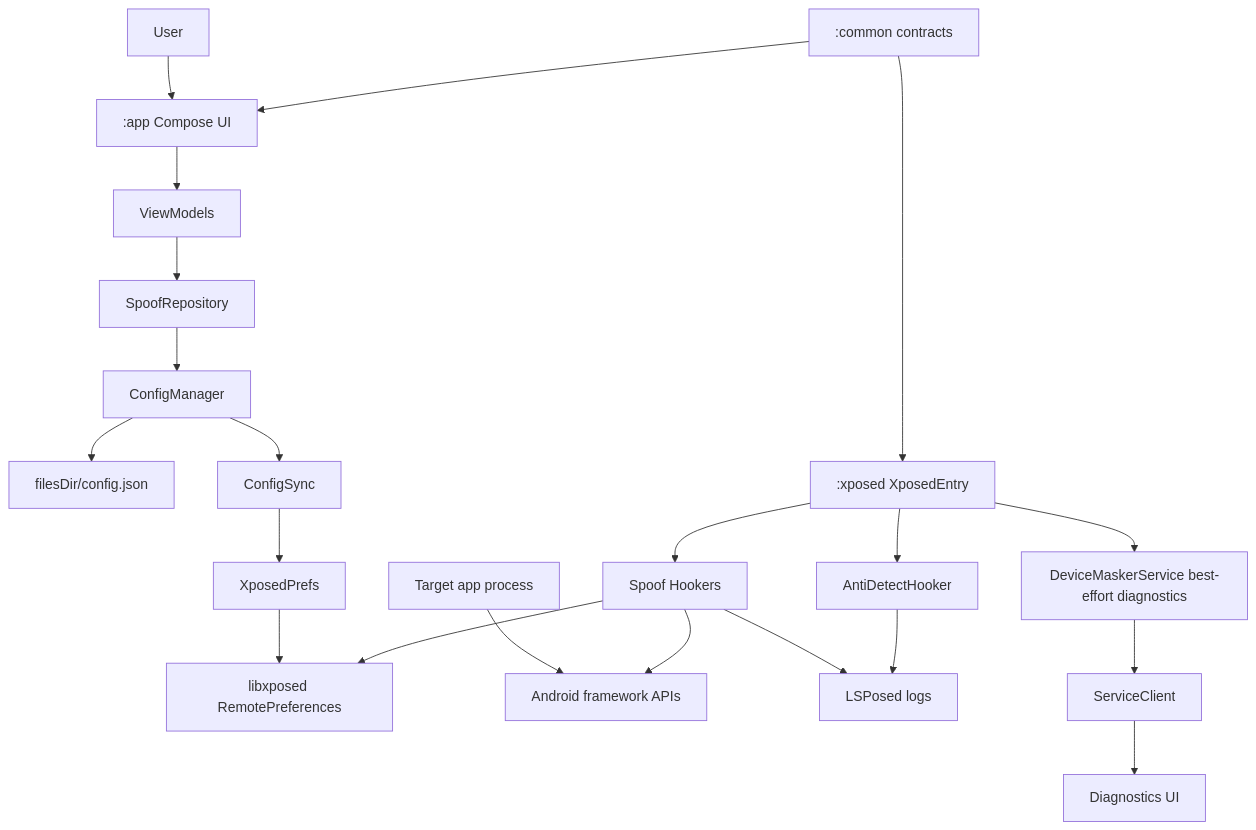
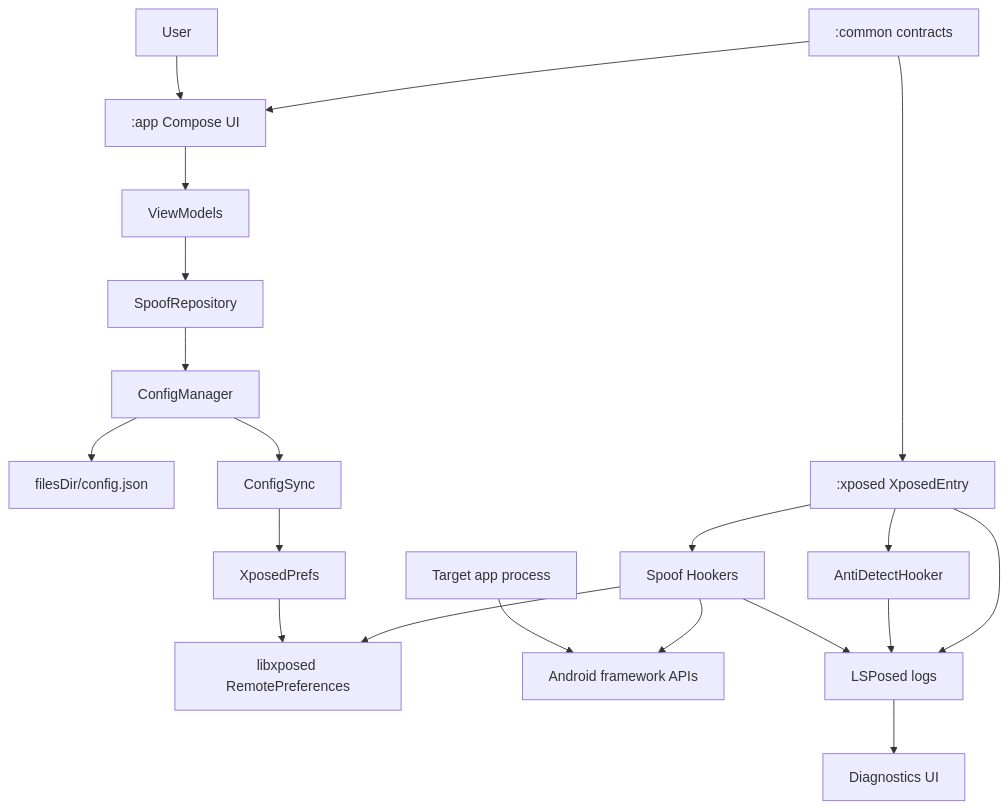
Before and after one commit to mohdakil2426/Device-Masker: the first of 3 diagrams in memory-bank/systemPatterns.md, drawn with Mermaid. The commit also changed other lines of this file and 52 other files, not shown here.

````diff
--- a/memory-bank/systemPatterns.md
+++ b/memory-bank/systemPatterns.md
@@ -20,37 +20,35 @@
 ```mermaid
 flowchart TD
     User["User"]
     UI[":app Compose UI"]
     VM["ViewModels"]
     Repo["SpoofRepository"]
     Config["ConfigManager"]
     Json["filesDir/config.json"]
     Sync["ConfigSync"]
     XPrefs["XposedPrefs"]
     Remote["libxposed RemotePreferences"]
     Common[":common contracts"]
     Entry[":xposed XposedEntry"]
     Hookers["Spoof Hookers"]
     Anti["AntiDetectHooker"]
     Target["Target app process"]
     APIs["Android framework APIs"]
     LSLogs["LSPosed logs"]
-    Service["DeviceMaskerService best-effort diagnostics"]
-    Client["ServiceClient"]
     DiagUI["Diagnostics UI"]
 
     User --> UI --> VM --> Repo --> Config
     Config --> Json
     Config --> Sync --> XPrefs --> Remote
     Common --> UI
     Common --> Entry
     Entry --> Anti
     Entry --> Hookers
     Target --> APIs
     Hookers --> APIs
     Hookers --> Remote
     Hookers --> LSLogs
     Anti --> LSLogs
-    Entry --> Service
-    Service --> Client --> DiagUI
+    Entry --> LSLogs
+    LSLogs --> DiagUI
 ```
````
